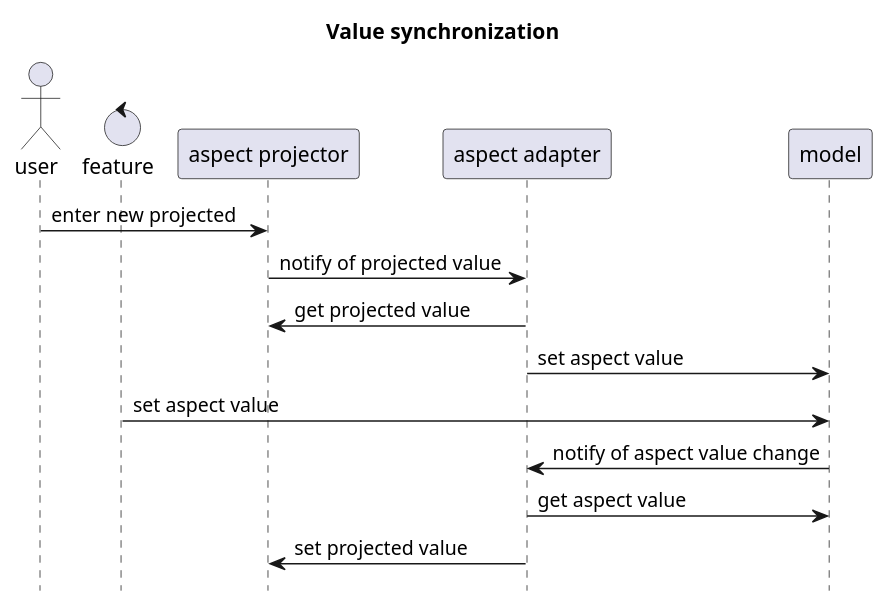
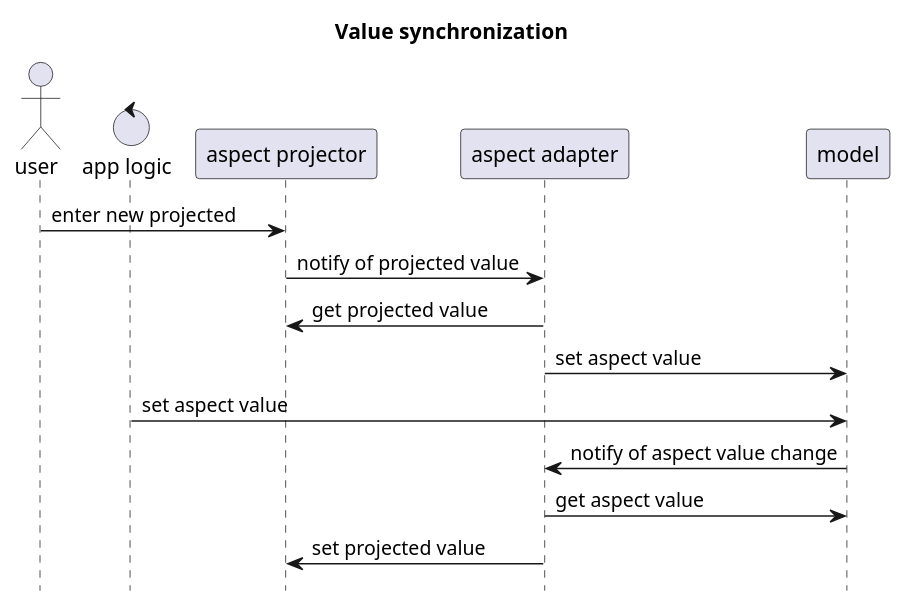
Before and after one commit to goranstack/esox: the third of 8 diagrams in gh-pages/src/main/asciidoc/index.adoc, drawn with PlantUML. The commit also changed other lines of this file and 185 other files, not shown here.

```diff
--- a/gh-pages/src/main/asciidoc/index.adoc
+++ b/gh-pages/src/main/asciidoc/index.adoc
@@ -92,20 +91,20 @@
 [plantuml, value-synchronization, svg]
 ....
 @startuml
 
 hide footbox
 title Value synchronization
 
 actor user
-control feature
+control "app logic"
 
 user -> "aspect projector" : enter new projected
 "aspect projector" -> "aspect adapter" : notify of projected value
 "aspect adapter" -> "aspect projector" : get projected value
 "aspect adapter" -> model : set aspect value
-feature -> model : set aspect value
+"app logic" -> model : set aspect value
 model -> "aspect adapter" : notify of aspect value change
 "aspect adapter" -> model : get aspect value
 "aspect adapter" -> "aspect projector" : set projected value
 @enduml
 ....
```
